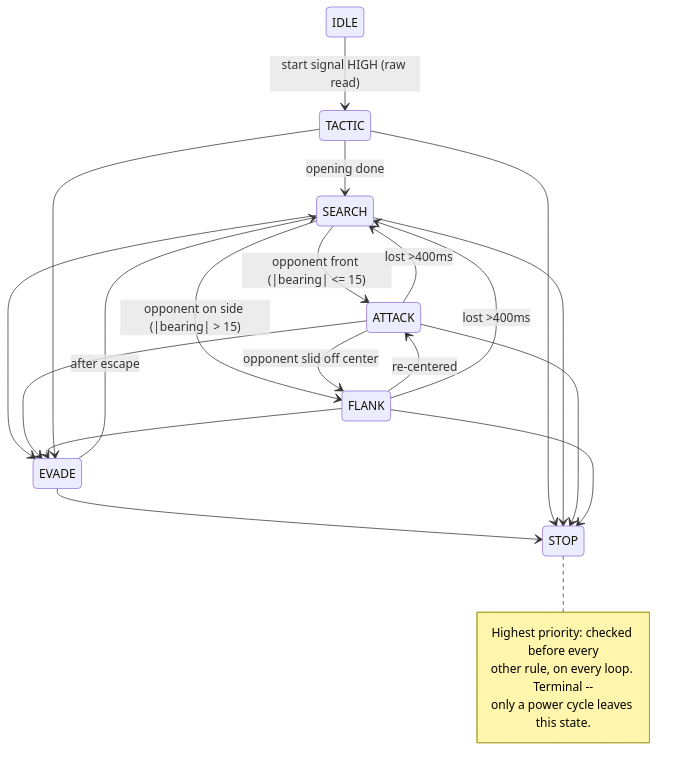
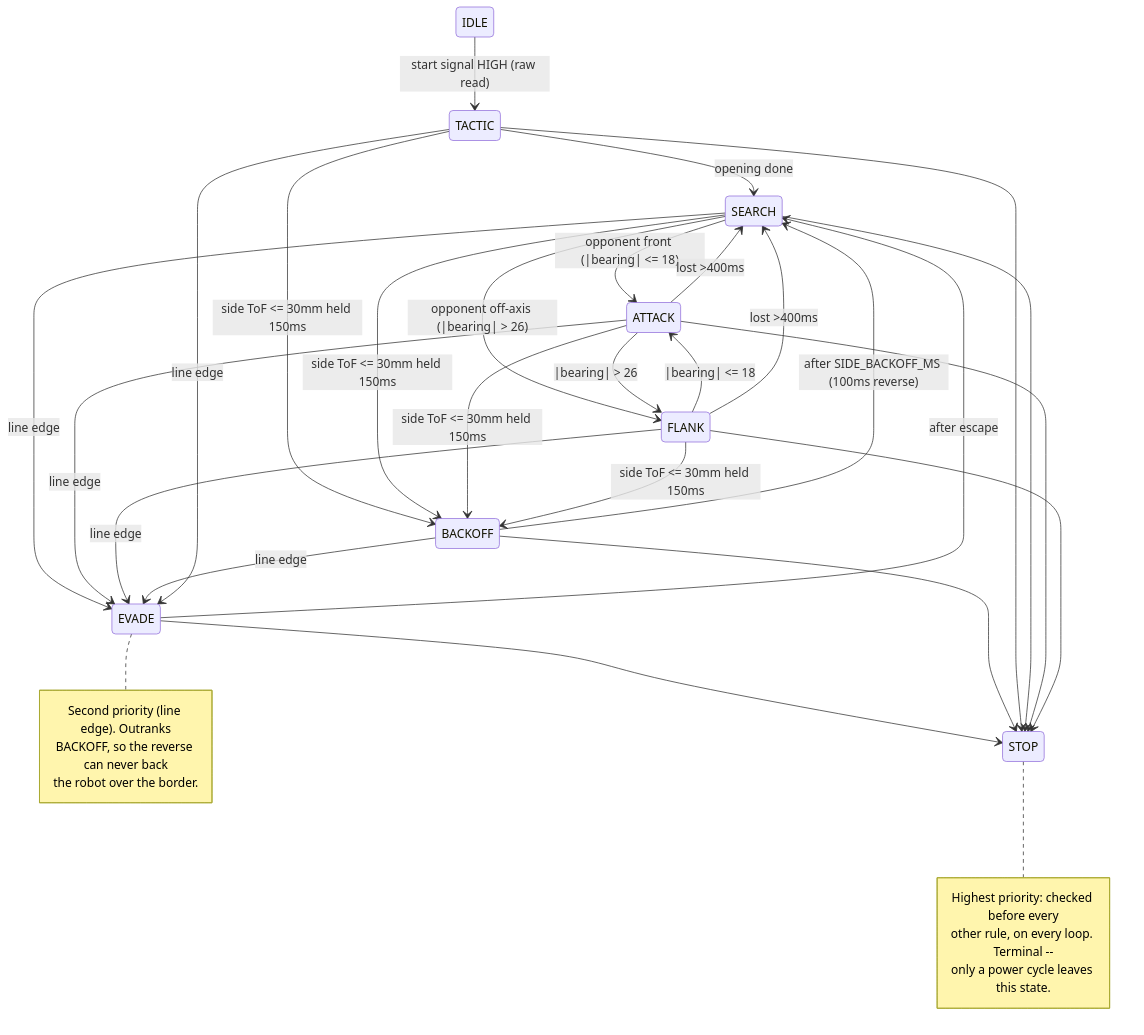
The diagram in TAXI_Firmware/diagram.mmd (sabinM1/TAXI), drawn with Mermaid before and after one commit. The commit also changed 12 other files, not shown here.

First line of the commit message:
Add last-seen memory, side backoff and drive trim

```diff
--- a/TAXI_Firmware/diagram.mmd
+++ b/TAXI_Firmware/diagram.mmd
@@ -1,24 +1,36 @@
 stateDiagram-v2
   IDLE --> TACTIC: start signal HIGH (raw read)
   TACTIC --> SEARCH: opening done
-  SEARCH --> ATTACK: opponent front (|bearing| <= 15)
-  SEARCH --> FLANK: opponent on side (|bearing| > 15)
-  ATTACK --> FLANK: opponent slid off center
-  FLANK --> ATTACK: re-centered
+  SEARCH --> ATTACK: opponent front (|bearing| <= 18)
+  SEARCH --> FLANK: opponent off-axis (|bearing| > 26)
+  ATTACK --> FLANK: |bearing| > 26
+  FLANK --> ATTACK: |bearing| <= 18
   ATTACK --> SEARCH: lost >400ms
   FLANK --> SEARCH: lost >400ms
+  BACKOFF --> SEARCH: after SIDE_BACKOFF_MS (100ms reverse)
   EVADE --> SEARCH: after escape
-  SEARCH --> EVADE
-  ATTACK --> EVADE
-  FLANK --> EVADE
-  TACTIC --> EVADE
+  TACTIC --> BACKOFF: side ToF <= 30mm held 150ms
+  SEARCH --> BACKOFF: side ToF <= 30mm held 150ms
+  ATTACK --> BACKOFF: side ToF <= 30mm held 150ms
+  FLANK --> BACKOFF: side ToF <= 30mm held 150ms
+  SEARCH --> EVADE: line edge
+  ATTACK --> EVADE: line edge
+  FLANK --> EVADE: line edge
+  BACKOFF --> EVADE: line edge
+  TACTIC --> EVADE: line edge
   EVADE --> STOP
+  BACKOFF --> STOP
   TACTIC --> STOP
   SEARCH --> STOP
   ATTACK --> STOP
   FLANK --> STOP
   note right of STOP
     Highest priority: checked before every
     other rule, on every loop. Terminal --
     only a power cycle leaves this state.
   end note
+  note right of EVADE
+    Second priority (line edge). Outranks
+    BACKOFF, so the reverse can never back
+    the robot over the border.
+  end note
```
